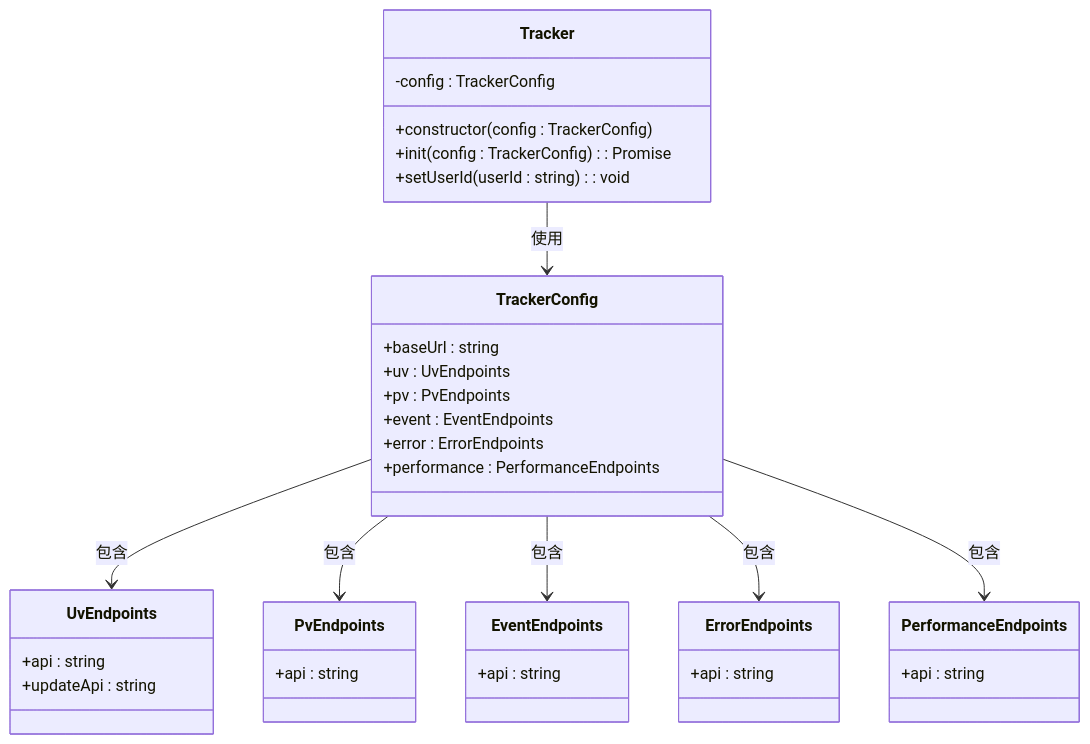
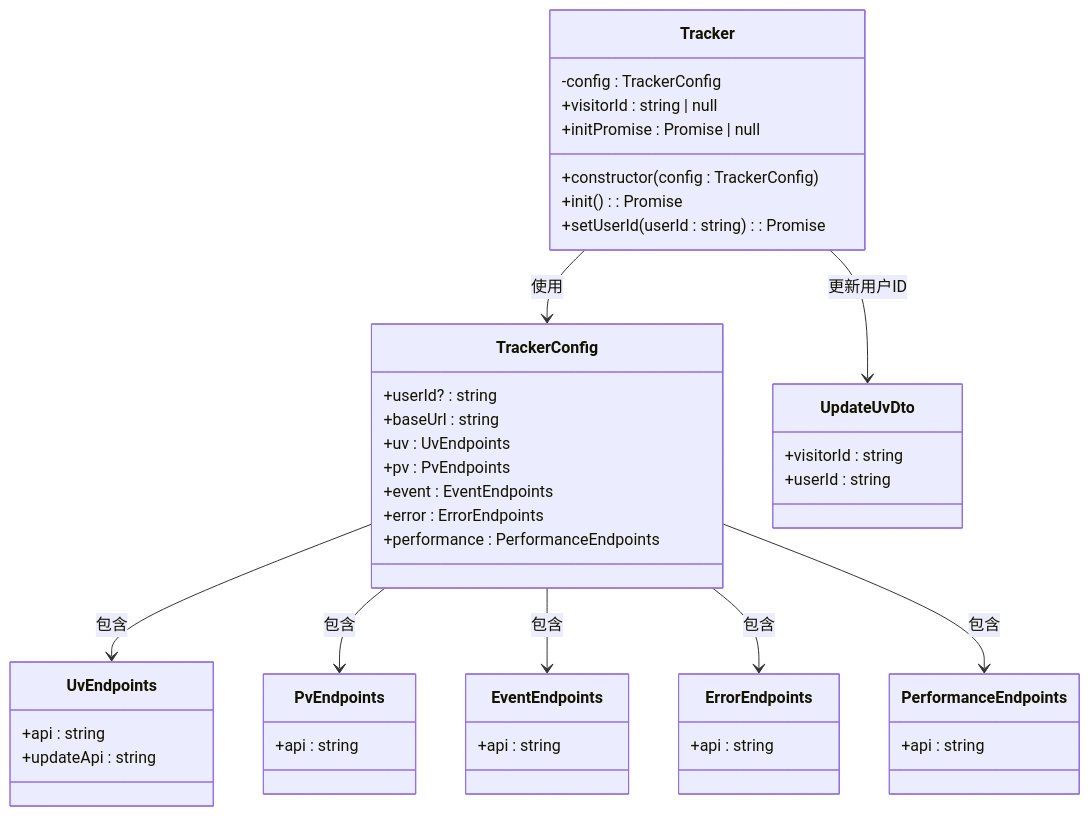
One commit to LihaoZDB/English-Study changed the third of 12 diagrams in .qoder/repowiki/zh/content/学习进度跟踪模块.md. Above: the diagram before and after it, drawn with Mermaid. The commit also changed other lines of this file and 2 other files, not shown here.

First line of the commit message:
feat(tracker): 新增访客ID验证与用户身份关联功能

````diff
--- a/.qoder/repowiki/zh/content/学习进度跟踪模块.md
+++ b/.qoder/repowiki/zh/content/学习进度跟踪模块.md
@@ -192,39 +193,47 @@
 ```mermaid
 classDiagram
 class Tracker {
 -config : TrackerConfig
++visitorId : string | null
++initPromise : Promise<void> | null
 +constructor(config : TrackerConfig)
-+init(config : TrackerConfig) : Promise<void>
-+setUserId(userId : string) : void
++init() : Promise<void>
++setUserId(userId : string) : Promise<void>
 }
 class TrackerConfig {
++userId? : string
 +baseUrl : string
 +uv : UvEndpoints
 +pv : PvEndpoints
 +event : EventEndpoints
 +error : ErrorEndpoints
 +performance : PerformanceEndpoints
 }
 class UvEndpoints {
 +api : string
 +updateApi : string
 }
 class EventEndpoints {
 +api : string
 }
 class PvEndpoints {
 +api : string
 }
 class ErrorEndpoints {
 +api : string
 }
 class PerformanceEndpoints {
 +api : string
 }
+class UpdateUvDto {
++visitorId : string
++userId : string
+}
 Tracker --> TrackerConfig : 使用
+Tracker --> UpdateUvDto : 更新用户ID
 TrackerConfig --> UvEndpoints : 包含
 TrackerConfig --> PvEndpoints : 包含
 TrackerConfig --> EventEndpoints : 包含
 TrackerConfig --> ErrorEndpoints : 包含
 TrackerConfig --> PerformanceEndpoints : 包含
 ```
````
